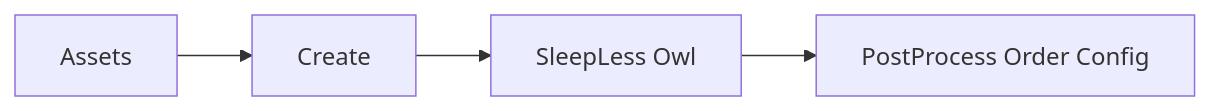
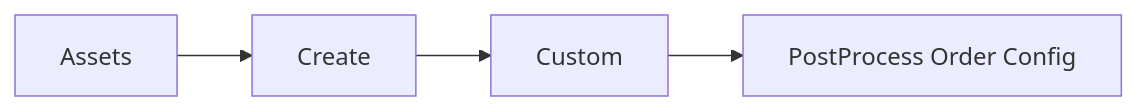
The second of 3 diagrams in 渲染/后处理.md (wangbenchong/doc), drawn with Mermaid before and after one commit. The commit also changed other lines of this file and 132 other files, not shown here.

````diff
--- a/渲染/后处理.md
+++ b/渲染/后处理.md
@@ -660,4 +645,4 @@
 ```mermaid
 graph LR
-Assets--> Create --> S[SleepLess Owl] --> POC[PostProcess Order Config]
+Assets--> Create --> S[Custom] --> POC[PostProcess Order Config]
 ```
````
